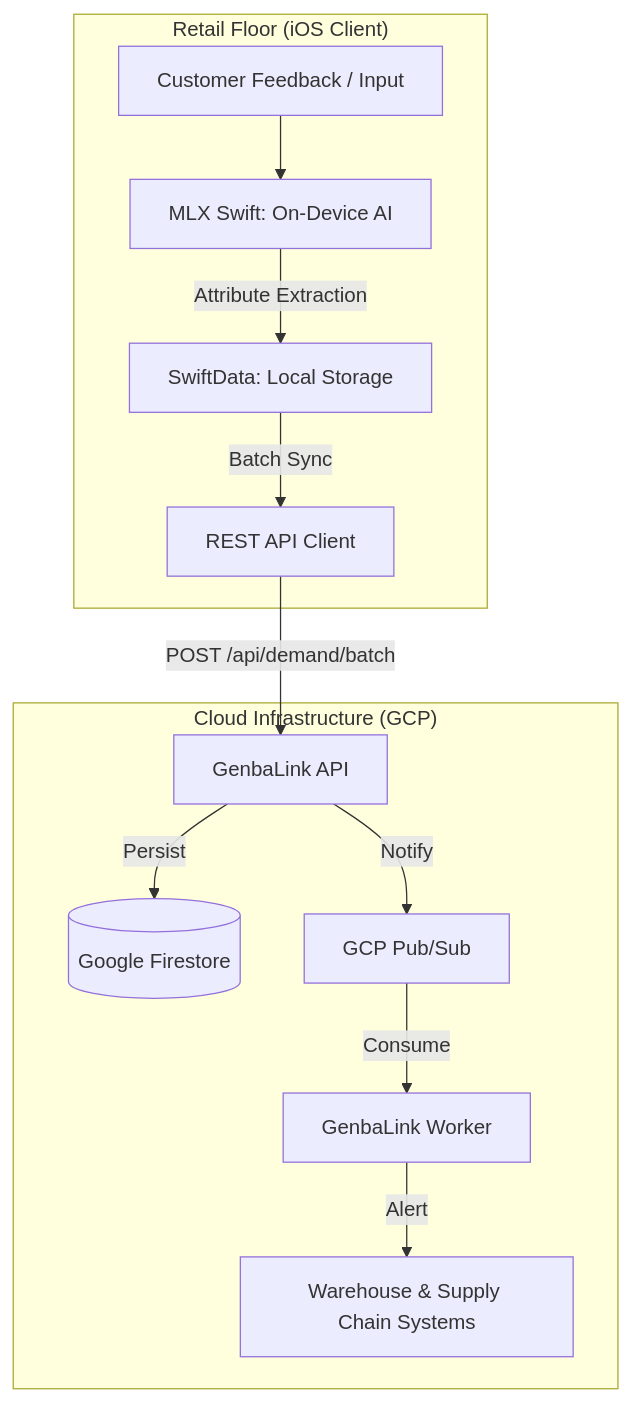
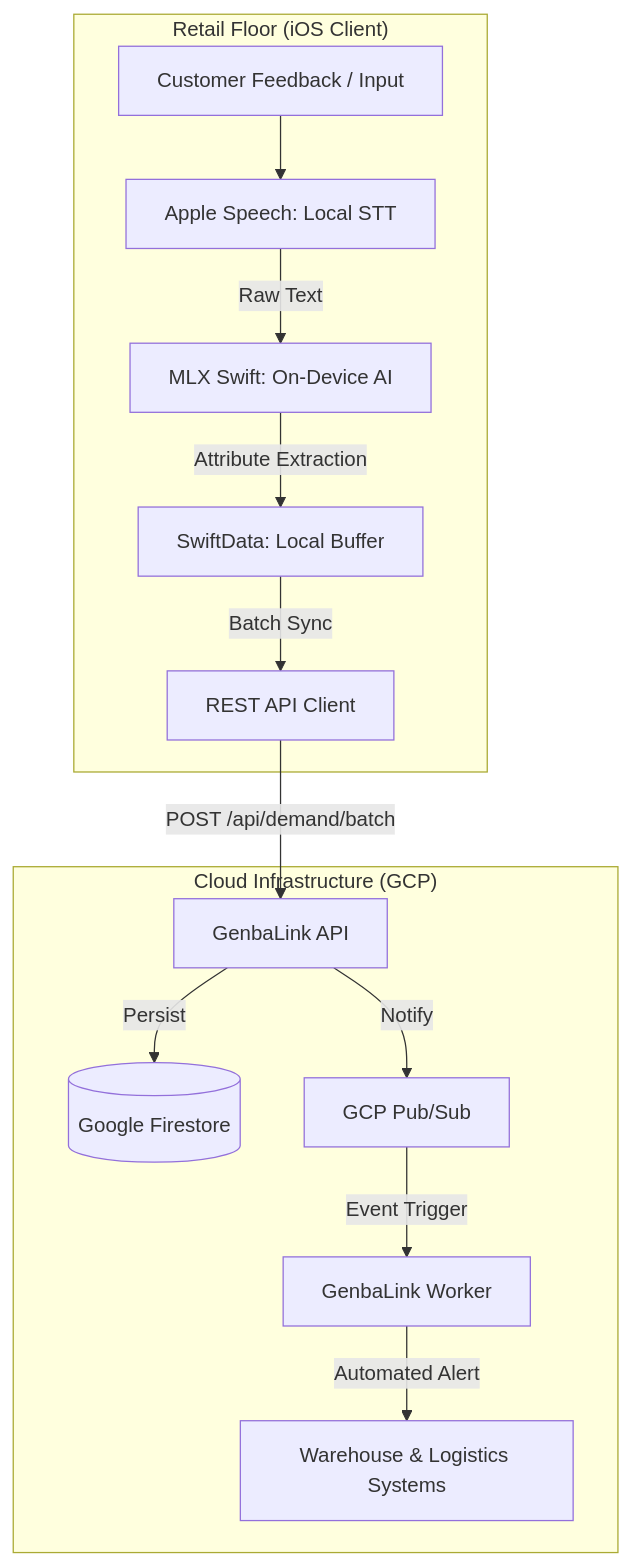
The diagram in README.md (jansenzjh/GenbaLink), drawn with Mermaid before and after one commit. The commit also changed other lines of this file and 7 other files, not shown here.

````diff
--- a/README.md
+++ b/README.md
@@ -9,17 +39,18 @@
 ```mermaid
 graph TD
     subgraph "Retail Floor (iOS Client)"
-        A[Customer Feedback / Input] --> B[MLX Swift: On-Device AI]
-        B -->|Attribute Extraction| C[SwiftData: Local Storage]
-        C -->|Batch Sync| D[REST API Client]
+        A[Customer Feedback / Input] --> B[Apple Speech: Local STT]
+        B -->|Raw Text| C[MLX Swift: On-Device AI]
+        C -->|Attribute Extraction| D[SwiftData: Local Buffer]
+        D -->|Batch Sync| E[REST API Client]
     end
 
     subgraph "Cloud Infrastructure (GCP)"
-        D -->|POST /api/demand/batch| E[GenbaLink API]
-        E -->|Persist| F[(Google Firestore)]
-        E -->|Notify| G[GCP Pub/Sub]
+        E -->|POST /api/demand/batch| F[GenbaLink API]
+        F -->|Persist| G[(Google Firestore)]
+        F -->|Notify| H[GCP Pub/Sub]
         
-        G -->|Consume| H[GenbaLink Worker]
-        H -->|Alert| I[Warehouse & Supply Chain Systems]
+        H -->|Event Trigger| I[GenbaLink Worker]
+        I -->|Automated Alert| J[Warehouse & Logistics Systems]
     end
 ```
````
